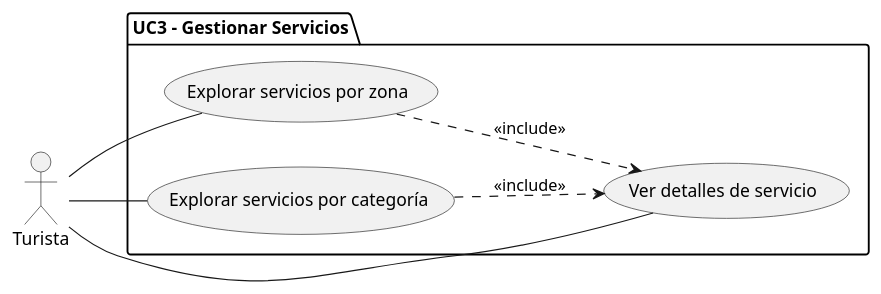
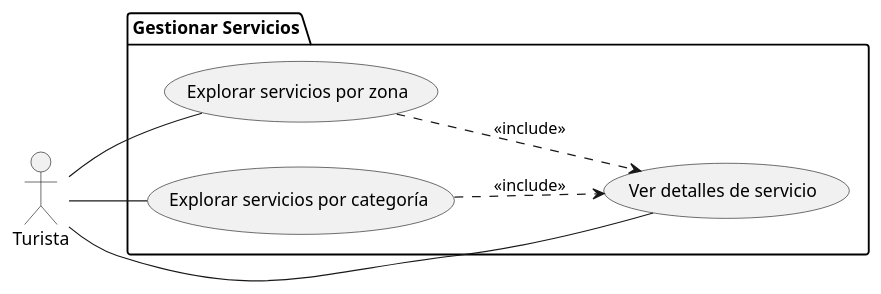
The diagram in docs/modelos/uc-lvl-1/gestionar-servicios/turista-diagrama.puml (xdark-nessx20/SM-Xplore), drawn with PlantUML before and after one commit. The commit also changed 7 other files, not shown here.

```diff
--- a/docs/modelos/uc-lvl-1/gestionar-servicios/turista-diagrama.puml
+++ b/docs/modelos/uc-lvl-1/gestionar-servicios/turista-diagrama.puml
@@ -1,19 +1,19 @@
 @startuml
 left to right direction
 
 actor Turista as T
 
-package "UC3 - Gestionar Servicios" {
+package "Gestionar Servicios" {
     usecase "Explorar servicios por zona" as UC1
     usecase "Explorar servicios por categoría" as UC2
     usecase "Ver detalles de servicio" as UC3
 }
 
 T -- UC1
 T -- UC2
 T -- UC3
 
 UC1 ..> UC3 : <<include>>
 UC2 ..> UC3 : <<include>>
 
 @enduml
```
